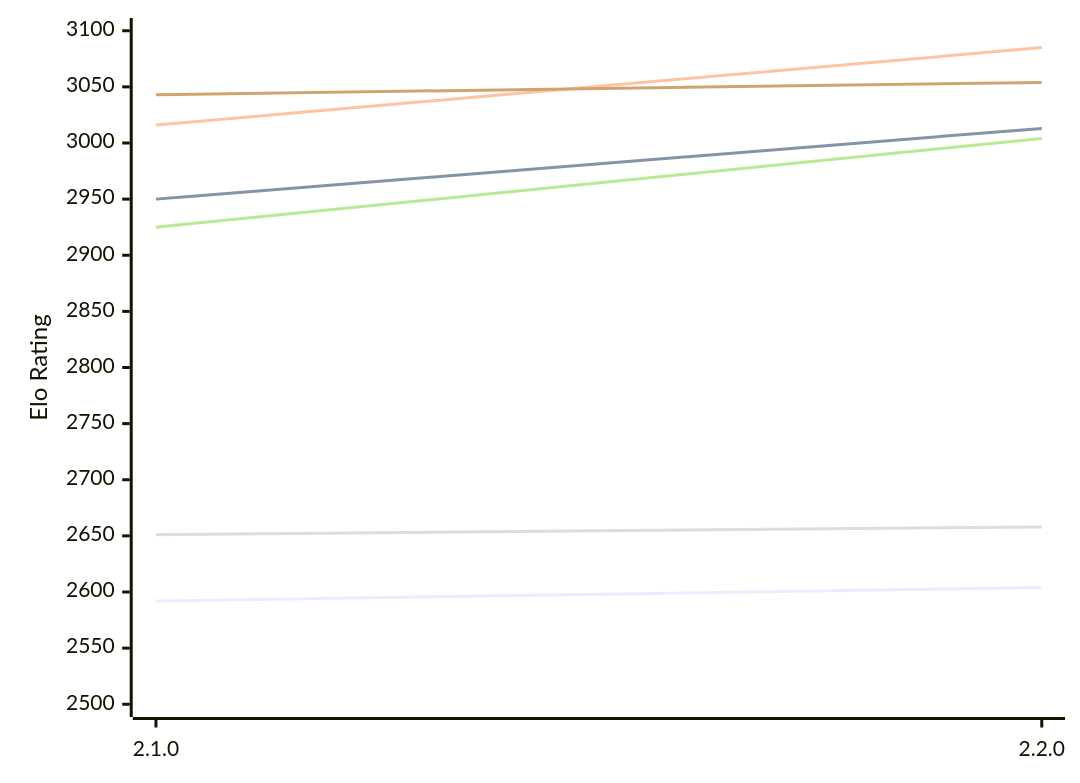
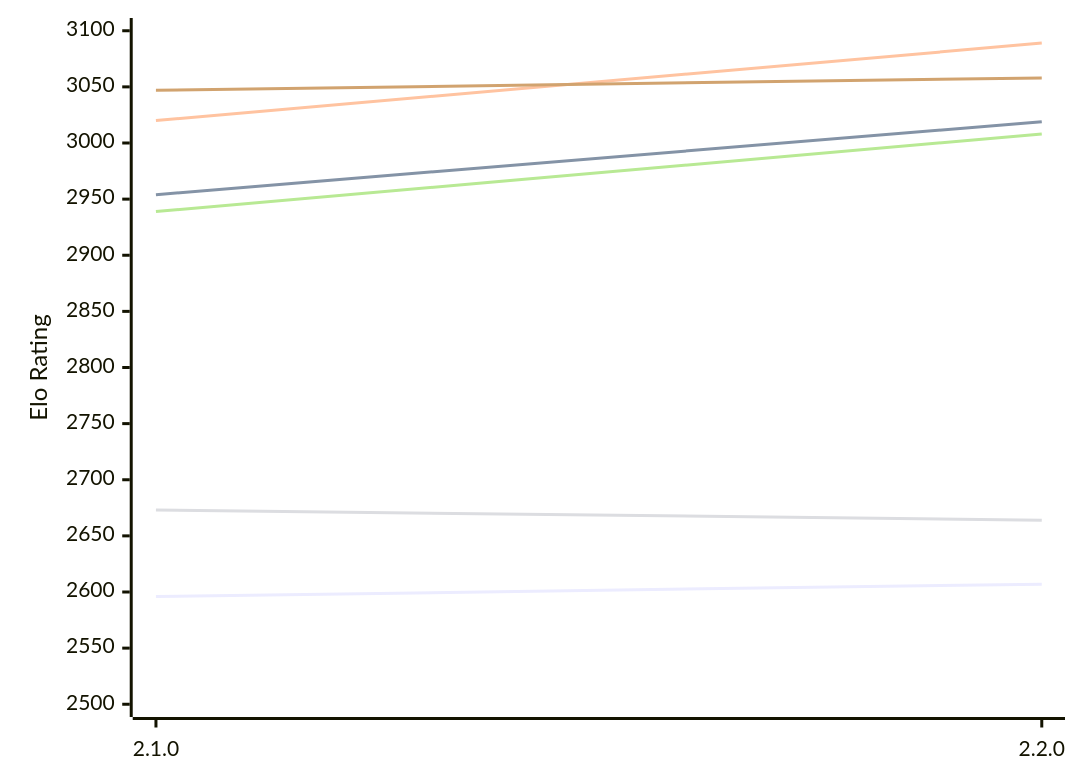
One commit to computer-chess-index/cci changed the first of 2 diagrams in engines/Aspen.md. Above: the diagram before and after it, drawn with Mermaid. The commit also changed other lines of this file, not shown here.

Commit message:
Update CCI Ratings (ELO VLTC) - 2026-11-20

````diff
--- a/engines/Aspen.md
+++ b/engines/Aspen.md
@@ -52,12 +52,12 @@
 ```mermaid
 %%{init: {"theme":"base","themeVariables":{"seriesColors:['#a3a3a3','#222221','#faa371']}}}%%
 xychart-beta
   x-axis ["2.1.0", "2.2.0"]
   y-axis "Elo Rating" 2500 --> 3100
-  line "E1: STC (8.0+0.08s)" [2592, 2604]
-  line "E1: LTC (60.0+0.60s)" [2950, 3013]
-  line "E1: VLTC (2m24s+1.12s)" [3016, 3085]
-  line "P1: STC (8.0+0.08s)" [2651, 2658]
-  line "P1: LTC (60.0+0.60s)" [2925, 3004]
-  line "P1: VLTC (2m24s+1.12s)" [3043, 3054]
+  line "E1: STC (8.0+0.08s)" [2596, 2607]
+  line "E1: LTC (60.0+0.60s)" [2954, 3019]
+  line "E1: VLTC (2m24s+1.12s)" [3020, 3089]
+  line "P1: STC (8.0+0.08s)" [2673, 2664]
+  line "P1: LTC (60.0+0.60s)" [2939, 3008]
+  line "P1: VLTC (2m24s+1.12s)" [3047, 3058]
 ```
````
